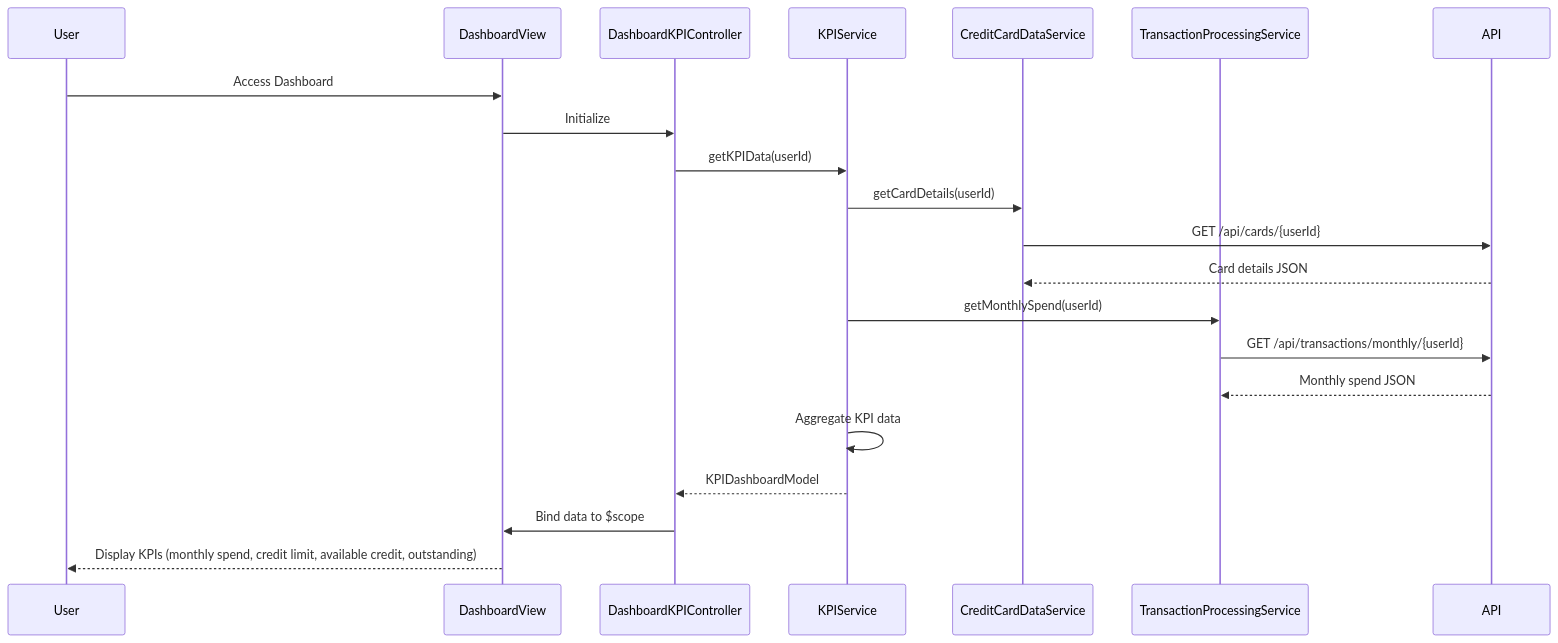
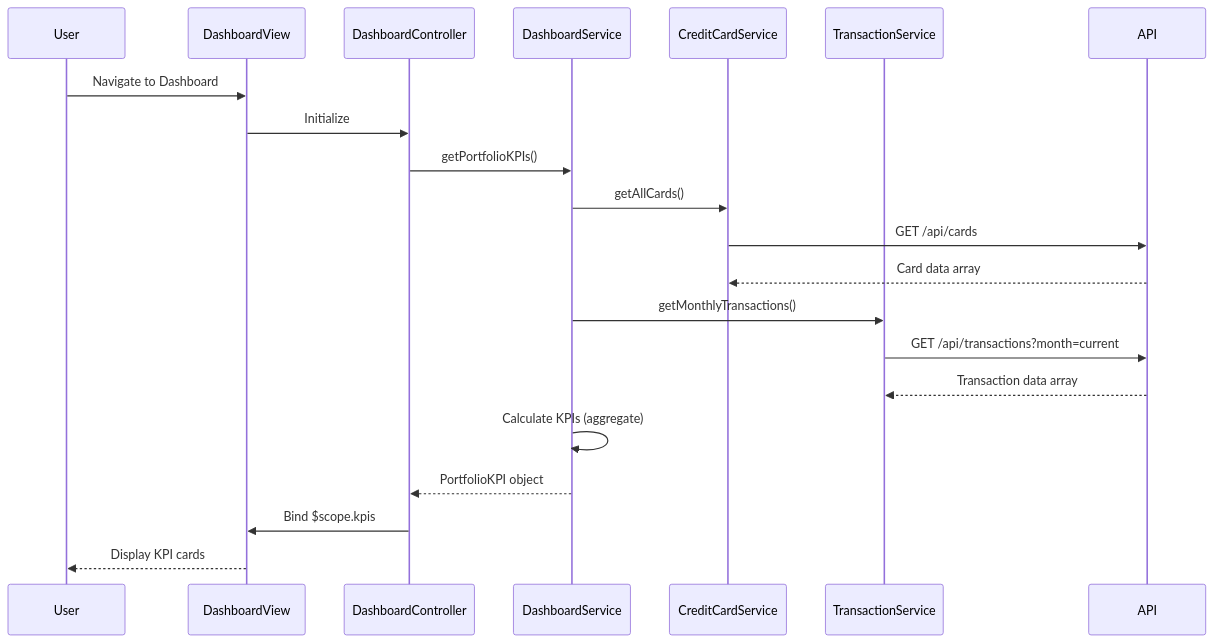
One commit to AAVA-Demo/APB_Demo changed the diagram in LLD/QE-8555_LLD.md. Above: the diagram before and after it, drawn with Mermaid. The commit also changed other lines of this file and 5 other files, not shown here.

````diff
--- a/LLD/QE-8555_LLD.md
+++ b/LLD/QE-8555_LLD.md
@@ -91,24 +76,24 @@
 ```mermaid
 sequenceDiagram
     participant User
     participant DashboardView
-    participant DashboardKPIController
-    participant KPIService
-    participant CreditCardDataService
-    participant TransactionProcessingService
+    participant DashboardController
+    participant DashboardService
+    participant CreditCardService
+    participant TransactionService
     participant API
 
-    User->>DashboardView: Access Dashboard
-    DashboardView->>DashboardKPIController: Initialize
-    DashboardKPIController->>KPIService: getKPIData(userId)
-    KPIService->>CreditCardDataService: getCardDetails(userId)
-    CreditCardDataService->>API: GET /api/cards/{userId}
-    API-->>CreditCardDataService: Card details JSON
-    KPIService->>TransactionProcessingService: getMonthlySpend(userId)
-    TransactionProcessingService->>API: GET /api/transactions/monthly/{userId}
-    API-->>TransactionProcessingService: Monthly spend JSON
-    KPIService->>KPIService: Aggregate KPI data
-    KPIService-->>DashboardKPIController: KPIDashboardModel
-    DashboardKPIController->>DashboardView: Bind data to $scope
-    DashboardView-->>User: Display KPIs (monthly spend, credit limit, available credit, outstanding)
+    User->>DashboardView: Navigate to Dashboard
+    DashboardView->>DashboardController: Initialize
+    DashboardController->>DashboardService: getPortfolioKPIs()
+    DashboardService->>CreditCardService: getAllCards()
+    CreditCardService->>API: GET /api/cards
+    API-->>CreditCardService: Card data array
+    DashboardService->>TransactionService: getMonthlyTransactions()
+    TransactionService->>API: GET /api/transactions?month=current
+    API-->>TransactionService: Transaction data array
+    DashboardService->>DashboardService: Calculate KPIs (aggregate)
+    DashboardService-->>DashboardController: PortfolioKPI object
+    DashboardController->>DashboardView: Bind $scope.kpis
+    DashboardView-->>User: Display KPI cards
 ```
````
